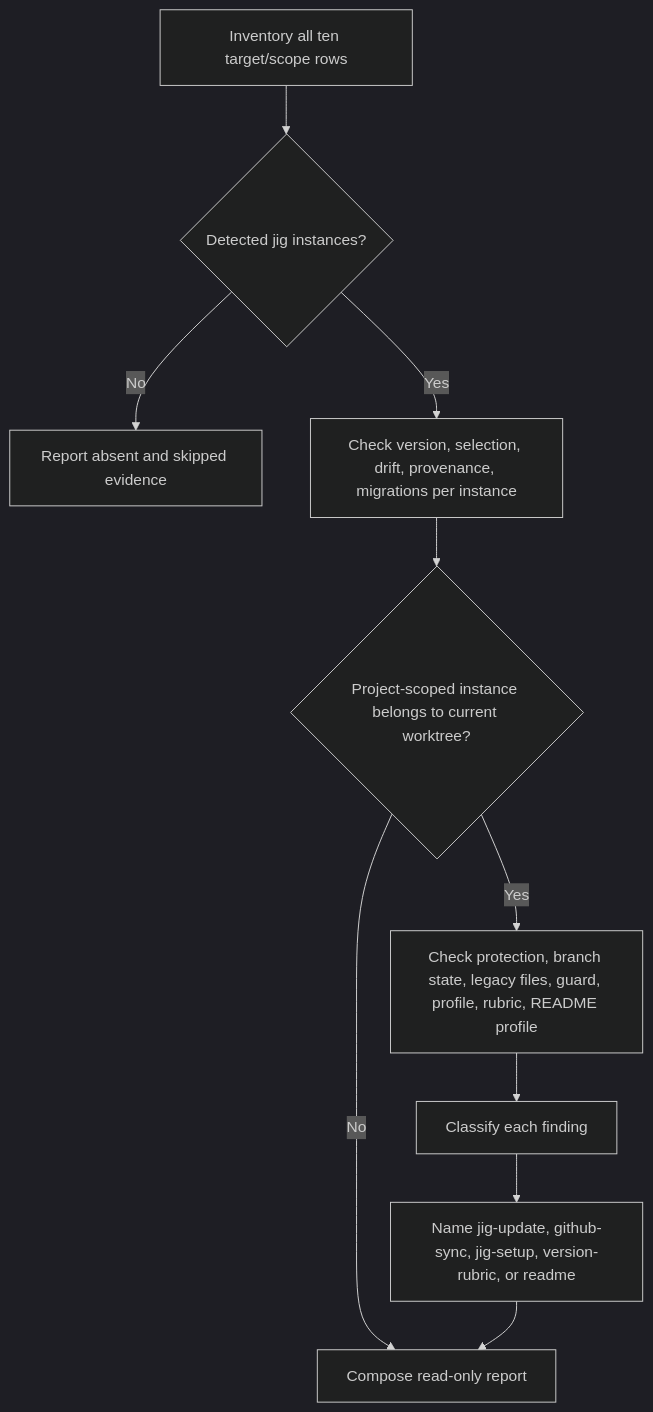
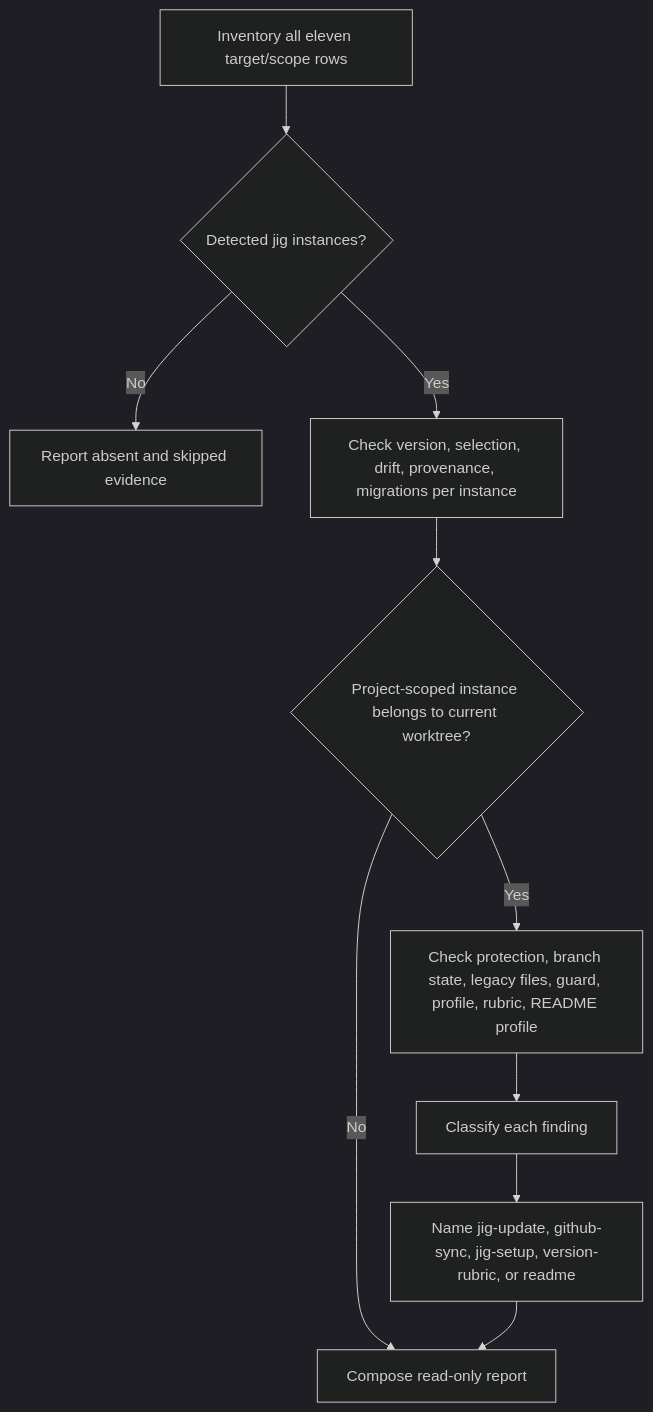
Before and after one commit to 0x0w1/jig: the diagram in docs/en/skills/jig-doctor.md, drawn with Mermaid (dark theme). The commit also changed other lines of this file and 113 other files, not shown here.

````diff
--- a/docs/en/skills/jig-doctor.md
+++ b/docs/en/skills/jig-doctor.md
@@ -28,12 +29,12 @@
 ```mermaid
 flowchart TD
-    Inventory[Inventory all ten target/scope rows] --> Instances{Detected jig instances?}
+    Inventory[Inventory all eleven target/scope rows] --> Instances{Detected jig instances?}
     Instances -- No --> ReportAbsent[Report absent and skipped evidence]
     Instances -- Yes --> PerInstance[Check version, selection, drift, provenance, migrations per instance]
     PerInstance --> Project{Project-scoped instance belongs to current worktree?}
     Project -- No --> Report[Compose read-only report]
     Project -- Yes --> Repo[Check protection, branch state, legacy files, guard, profile, rubric, README profile]
     Repo --> Classify[Classify each finding]
     Classify --> Delegate[Name jig-update, github-sync, jig-setup, version-rubric, or readme]
     Delegate --> Report
 ```
````
